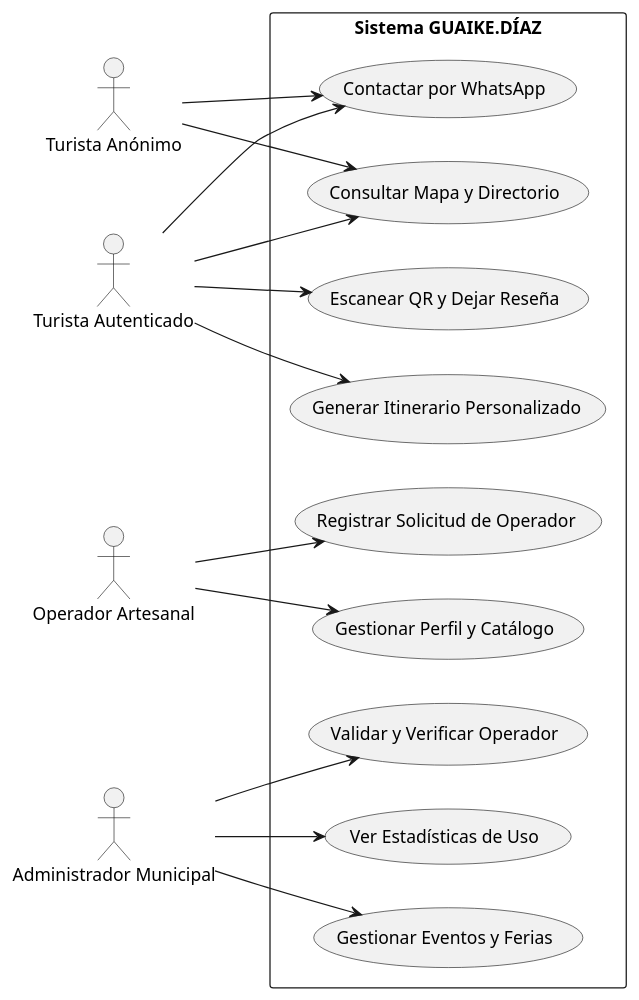
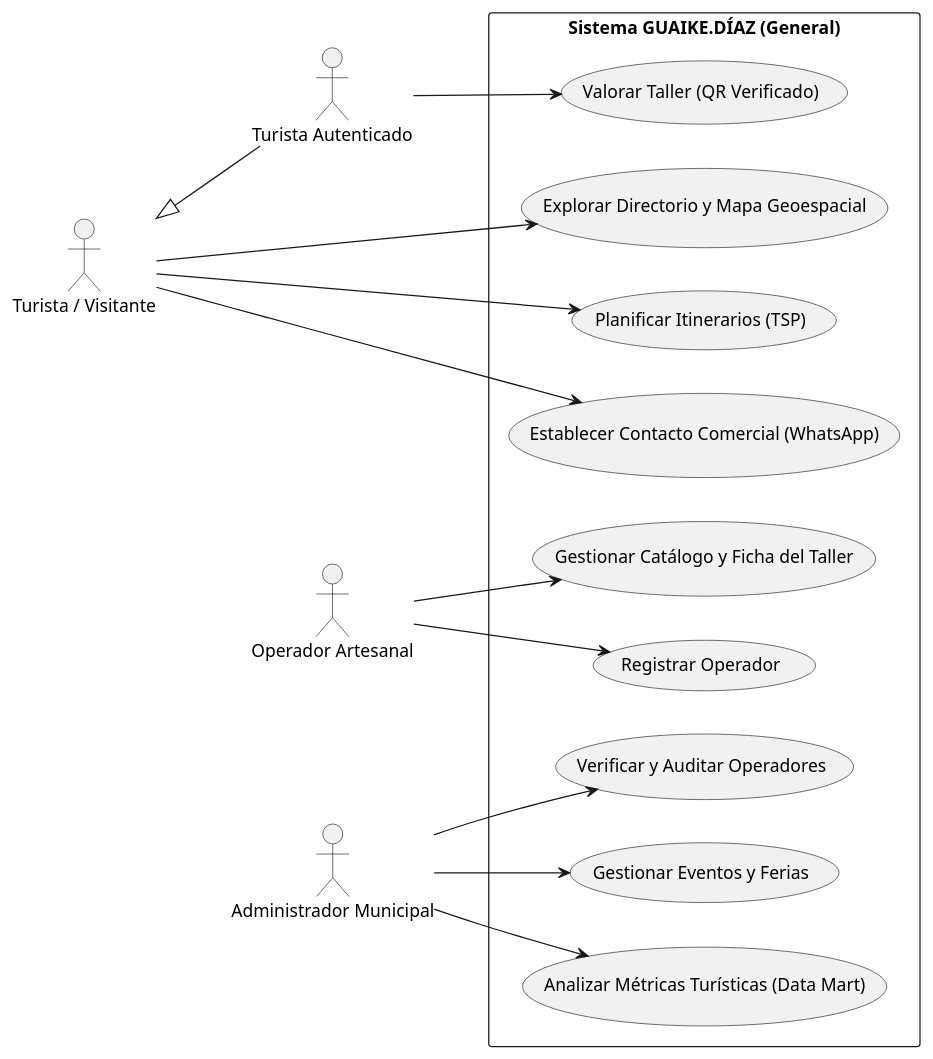
The first of 3 diagrams in documentation/uml_diagrams.md (Roses04/guaike.diaz), drawn with PlantUML before and after one commit. The commit also changed other lines of this file and 2 other files, not shown here.

````diff
--- a/documentation/uml_diagrams.md
+++ b/documentation/uml_diagrams.md
@@ -8,38 +10,38 @@
 ```plantuml
 @startuml
 left to right direction
 skinparam packageStyle rectangle
 
-actor "Turista Anónimo" as TA
-actor "Turista Autenticado" as T
+actor "Turista / Visitante" as T
+actor "Turista Autenticado" as TA
 actor "Operador Artesanal" as O
 actor "Administrador Municipal" as A
 
-rectangle "Sistema GUAIKE.DÍAZ" {
-    usecase "Consultar Mapa y Directorio" as UC1
-    usecase "Registrar Solicitud de Operador" as UC2
-    usecase "Gestionar Perfil y Catálogo" as UC3
-    usecase "Validar y Verificar Operador" as UC4
-    usecase "Escanear QR y Dejar Reseña" as UC5
-    usecase "Generar Itinerario Personalizado" as UC6
-    usecase "Contactar por WhatsApp" as UC7
-    usecase "Gestionar Eventos y Ferias" as UC8
-    usecase "Ver Estadísticas de Uso" as UC9
+T <|-- TA
+
+rectangle "Sistema GUAIKE.DÍAZ (General)" {
+    usecase "Explorar Directorio y Mapa Geoespacial" as UC_Explorar
+    usecase "Planificar Itinerarios (TSP)" as UC_Ruta
+    usecase "Establecer Contacto Comercial (WhatsApp)" as UC_Contacto
+    usecase "Valorar Taller (QR Verificado)" as UC_Valorar
+    usecase "Registrar Operador" as UC_Registro
+    usecase "Gestionar Catálogo y Ficha del Taller" as UC_Gestion
+    usecase "Verificar y Auditar Operadores" as UC_Auditar
+    usecase "Gestionar Eventos y Ferias" as UC_Eventos
+    usecase "Analizar Métricas Turísticas (Data Mart)" as UC_Métricas
 }
 
-TA --> UC1
-TA --> UC7
+T --> UC_Explorar
+T --> UC_Ruta
+T --> UC_Contacto
 
-T --> UC1
-T --> UC5
-T --> UC6
-T --> UC7
+TA --> UC_Valorar
 
-O --> UC2
-O --> UC3
+O --> UC_Registro
+O --> UC_Gestion
 
-A --> UC4
-A --> UC8
-A --> UC9
+A --> UC_Auditar
+A --> UC_Eventos
+A --> UC_Métricas
 @enduml
 ```
````
